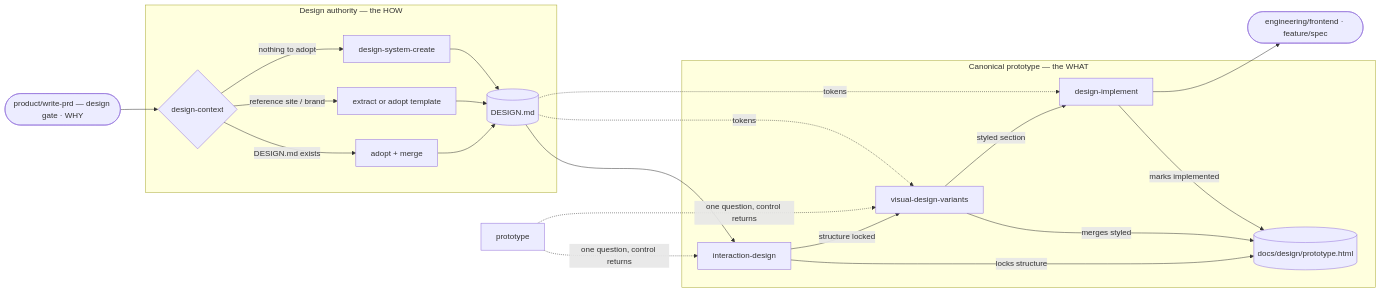
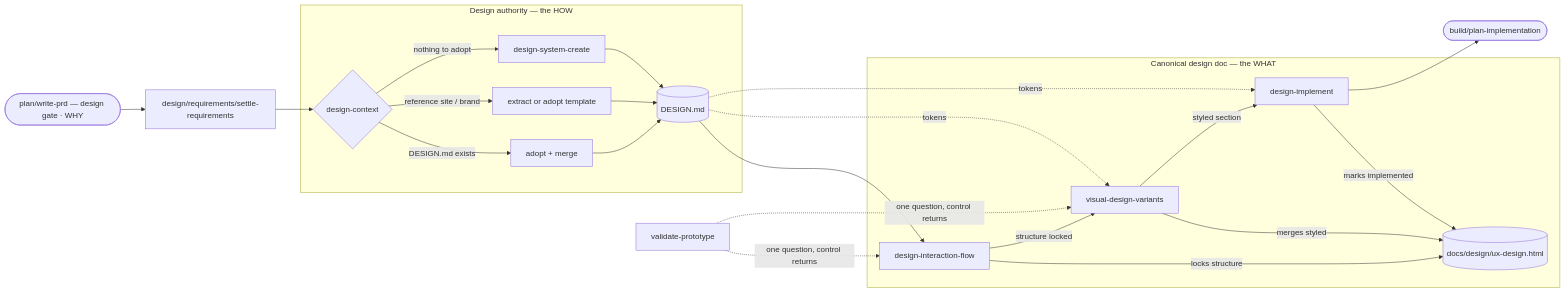
Before and after one commit to XinheLIU/agent-coding-skills: the first of 2 diagrams in system/skills-src/design/ux/README.md, drawn with Mermaid. The commit also changed other lines of this file and 195 other files, not shown here.

````diff
--- a/system/skills-src/design/ux/README.md
+++ b/system/skills-src/design/ux/README.md
@@ -21,27 +21,27 @@
 ```mermaid
 flowchart LR
-    PRD(["product/write-prd — design gate · WHY"]) --> DC{design-context}
+    PRD(["plan/write-prd — design gate · WHY"]) --> SR[design/requirements/settle-requirements] --> DC{design-context}
 
     subgraph TOK["Design authority — the HOW"]
         DC -->|DESIGN.md exists| ADOPT[adopt + merge]
         DC -->|reference site / brand| EXTRACT[extract or adopt template]
         DC -->|nothing to adopt| DSC[design-system-create]
         ADOPT --> AUTH[("DESIGN.md")]
         EXTRACT --> AUTH
         DSC --> AUTH
     end
 
-    subgraph PROTOHTML["Canonical prototype — the WHAT"]
-        IXD[interaction-design] -->|locks structure| SEC[("docs/design/prototype.html")]
+    subgraph PROTOHTML["Canonical design doc — the WHAT"]
+        IXD[design-interaction-flow] -->|locks structure| SEC[("docs/design/ux-design.html")]
         VDV[visual-design-variants] -->|merges styled| SEC
         IMPL[design-implement] -->|marks implemented| SEC
     end
 
     AUTH --> IXD
     IXD -->|structure locked| VDV
     VDV -->|styled section| IMPL
-    IMPL --> OUT(["engineering/frontend · feature/spec"])
+    IMPL --> OUT(["build/plan-implementation"])
 
     AUTH -.->|tokens| VDV & IMPL
-    PROTO[prototype] -.->|one question, control returns| IXD & VDV
+    PROTO[validate-prototype] -.->|one question, control returns| IXD & VDV
 ```
````
